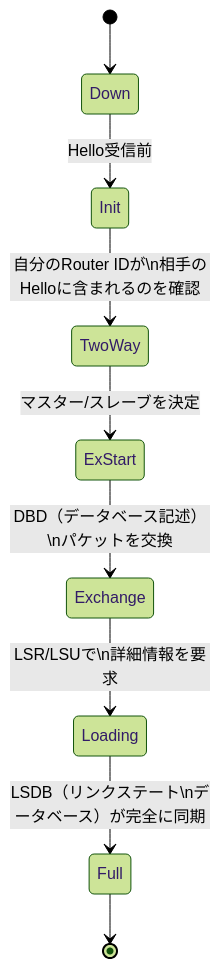
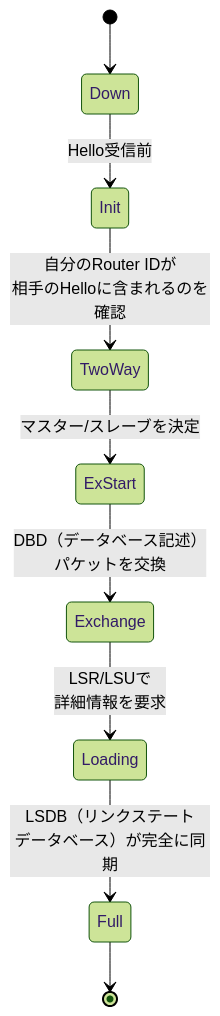
One commit to myoshi2891/Cloud-Infrastructure-Studies changed the fifth of 7 diagrams in archive/Cisco/md/Ccna-ip-connectivity-guide.md. Above: the diagram before and after it, drawn with Mermaid (forest theme). The commit also changed other lines of this file and 6 other files, not shown here.

````diff
--- a/archive/Cisco/md/Ccna-ip-connectivity-guide.md
+++ b/archive/Cisco/md/Ccna-ip-connectivity-guide.md
@@ -217,11 +217,11 @@
 ```mermaid
 stateDiagram-v2
     [*] --> Down
     Down --> Init : Hello受信前
-    Init --> TwoWay : 自分のRouter IDが\n相手のHelloに含まれるのを確認
+    Init --> TwoWay : 自分のRouter IDが<br>相手のHelloに含まれるのを確認
     TwoWay --> ExStart : マスター/スレーブを決定
-    ExStart --> Exchange : DBD（データベース記述）\nパケットを交換
-    Exchange --> Loading : LSR/LSUで\n詳細情報を要求
-    Loading --> Full : LSDB（リンクステート\nデータベース）が完全に同期
+    ExStart --> Exchange : DBD（データベース記述）<br>パケットを交換
+    Exchange --> Loading : LSR/LSUで<br>詳細情報を要求
+    Loading --> Full : LSDB（リンクステート<br>データベース）が完全に同期
     Full --> [*]
 ```
````
